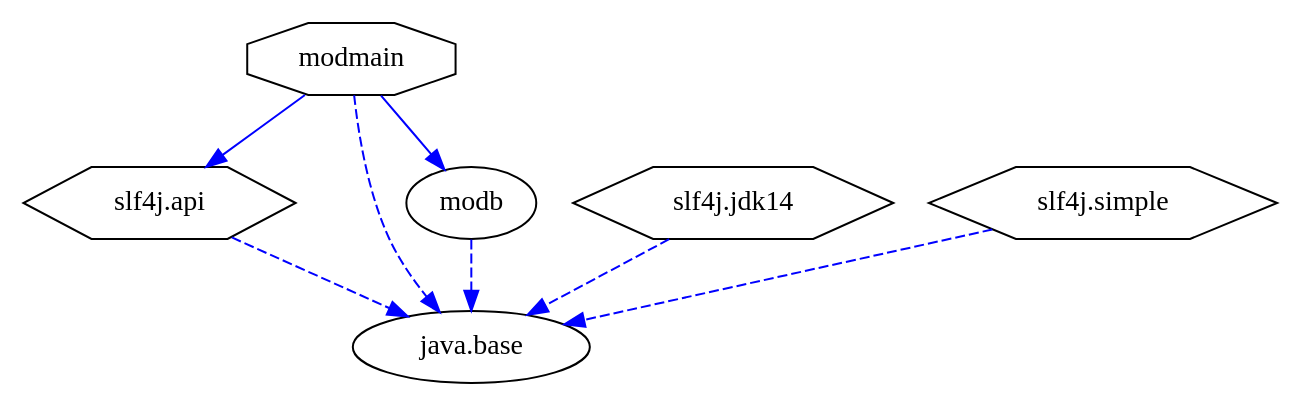
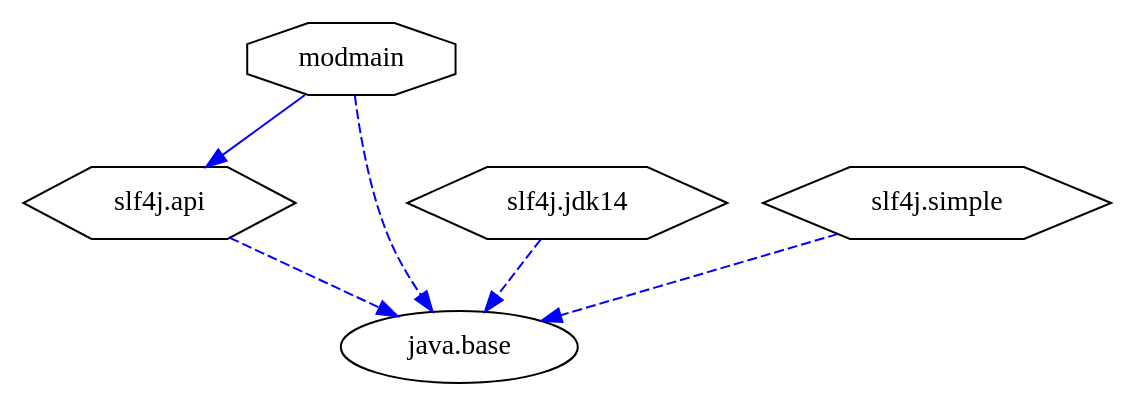
The diagram in jigsaw-examples/example_automatic-module-logging/moduledependencies.dot (accso/java9-jigsaw-examples), drawn with Graphviz before and after one commit. The commit also changed 15 other files, not shown here.

```diff
--- a/jigsaw-examples/example_automatic-module-logging/moduledependencies.dot
+++ b/jigsaw-examples/example_automatic-module-logging/moduledependencies.dot
@@ -1,16 +1,13 @@
-# Created by depvis.JigsawDepVisualizer on Tue Oct 17 12:27:23 CEST 2017
+# Created by depvis.JigsawDepVisualizer on Fri Nov 03 09:33:06 CET 2017
 digraph Java9_Dependency_Visualizer {
+modmain[fontname="Consolas",shape="octagon",label="modmain"];
 slf4j_api[fontname="Consolas",shape="hexagon",label="slf4j.api"];
 java_base[fontname="Consolas",shape="ellipse",label="java.base"];
-modmain[fontname="Consolas",shape="octagon",label="modmain"];
-modb[fontname="Consolas",shape="ellipse",label="modb"];
 slf4j_jdk14[fontname="Consolas",shape="hexagon",label="slf4j.jdk14"];
 slf4j_simple[fontname="Consolas",shape="hexagon",label="slf4j.simple"];
+modmain -> slf4j_api[color="#0000ff",fontname="Consolas",fontcolor="#0000ff",weight="8"]
+modmain -> java_base[color="#0000ff",fontname="Consolas",fontcolor="#0000ff",style="dashed",weight="16"]
 slf4j_api -> java_base[color="#0000ff",fontname="Consolas",fontcolor="#0000ff",style="dashed",weight="16"]
-modmain -> slf4j_api[color="#0000ff",fontname="Consolas",fontcolor="#0000ff",weight="8"]
-modmain -> modb[color="#0000ff",fontname="Consolas",fontcolor="#0000ff",weight="8"]
-modmain -> java_base[color="#0000ff",fontname="Consolas",fontcolor="#0000ff",style="dashed",weight="16"]
-modb -> java_base[color="#0000ff",fontname="Consolas",fontcolor="#0000ff",style="dashed",weight="16"]
 slf4j_jdk14 -> java_base[color="#0000ff",fontname="Consolas",fontcolor="#0000ff",style="dashed",weight="16"]
 slf4j_simple -> java_base[color="#0000ff",fontname="Consolas",fontcolor="#0000ff",style="dashed",weight="16"]
 }
```
